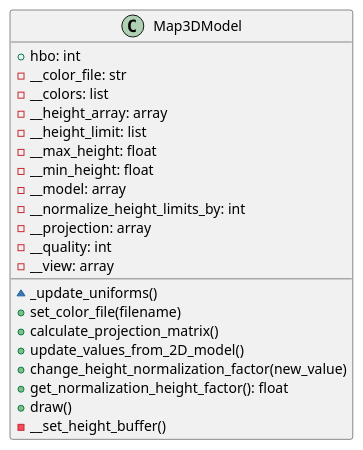
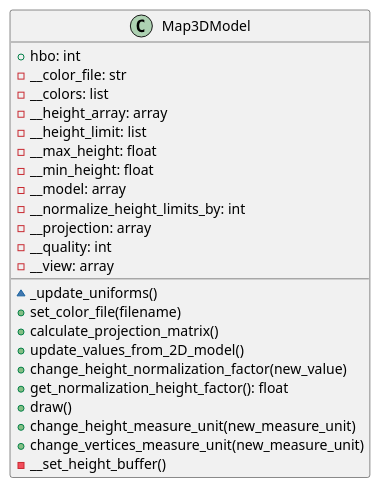
The diagram in docs/classes/Map3DModel.puml (ferpoble2/Relief_Creator), drawn with PlantUML before and after one commit. The commit also changed 9 other files, not shown here.

```diff
--- a/docs/classes/Map3DModel.puml
+++ b/docs/classes/Map3DModel.puml
@@ -1,26 +1,28 @@
 @startuml
 class Map3DModel {
     + hbo: int
     - __color_file: str
     - __colors: list
     - __height_array: array
     - __height_limit: list
     - __max_height: float
     - __min_height: float
     - __model: array
     - __normalize_height_limits_by: int
     - __projection: array
     - __quality: int
     - __view: array
 
     ~ _update_uniforms()
     + set_color_file(filename)
     + calculate_projection_matrix()
     + update_values_from_2D_model()
     + change_height_normalization_factor(new_value)
     + get_normalization_height_factor(): float
     + draw()
+    + change_height_measure_unit(new_measure_unit)
+    + change_vertices_measure_unit(new_measure_unit)
     - __set_height_buffer()
 
 }
 @enduml
```
